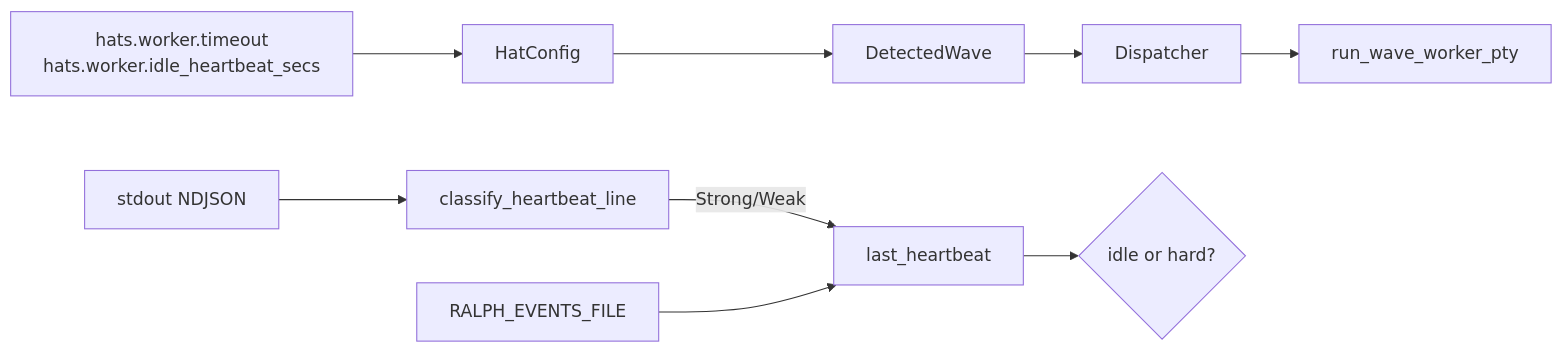
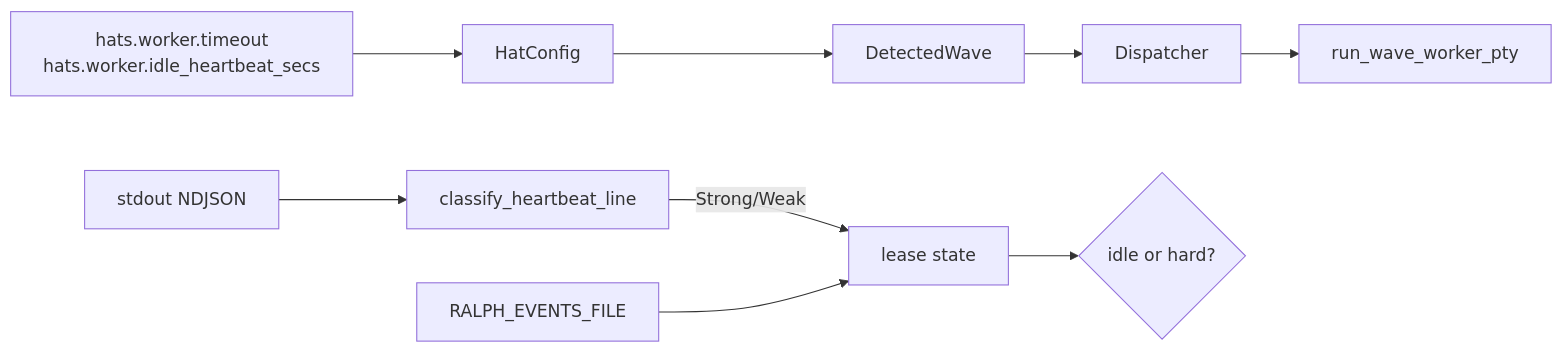
One commit to pittcat/ralph-orchestrator changed the second of 2 diagrams in docs/plans/2026-07-25-006-feat-wave-worker-idle-heartbeat-lease-plan.md. Above: the diagram before and after it, drawn with Mermaid. The commit also changed other lines of this file and 1 other file, not shown here.

````diff
--- a/docs/plans/2026-07-25-006-feat-wave-worker-idle-heartbeat-lease-plan.md
+++ b/docs/plans/2026-07-25-006-feat-wave-worker-idle-heartbeat-lease-plan.md
@@ -143,11 +142,11 @@
 ```mermaid
 flowchart LR
   YAML["hats.worker.timeout\nhats.worker.idle_heartbeat_secs"] --> HatConfig
   HatConfig --> DetectedWave
   DetectedWave --> Dispatcher
   Dispatcher --> WorkerPty["run_wave_worker_pty"]
   Stream["stdout NDJSON"] --> ClassifyHb["classify_heartbeat_line"]
-  ClassifyHb -->|Strong/Weak| Lease["last_heartbeat"]
+  ClassifyHb -->|Strong/Weak| Lease["lease state"]
   EventsFile["RALPH_EVENTS_FILE"] --> Lease
   Lease --> KillDecision{idle or hard?}
 ```
````
